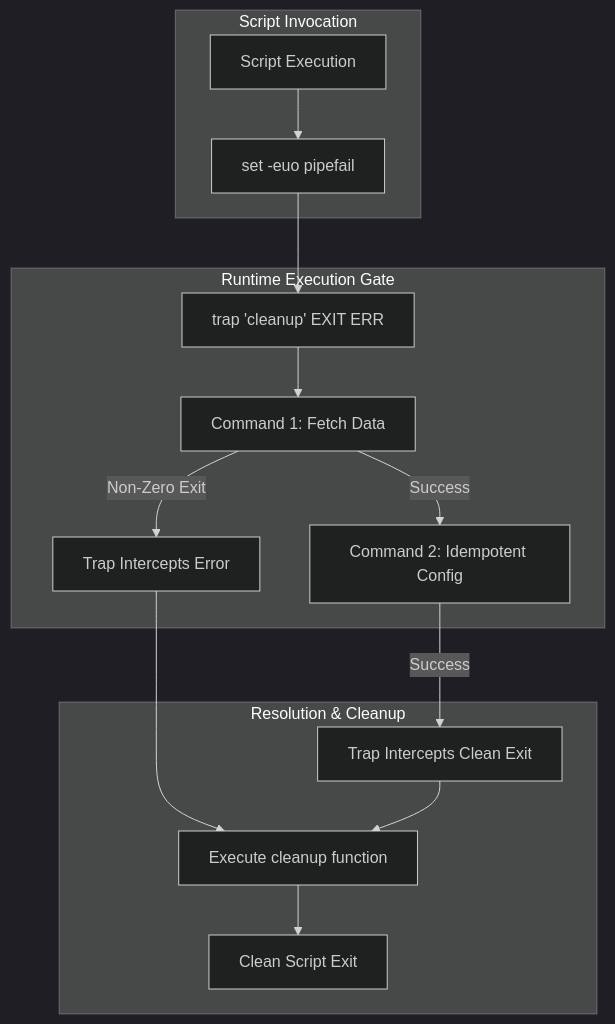
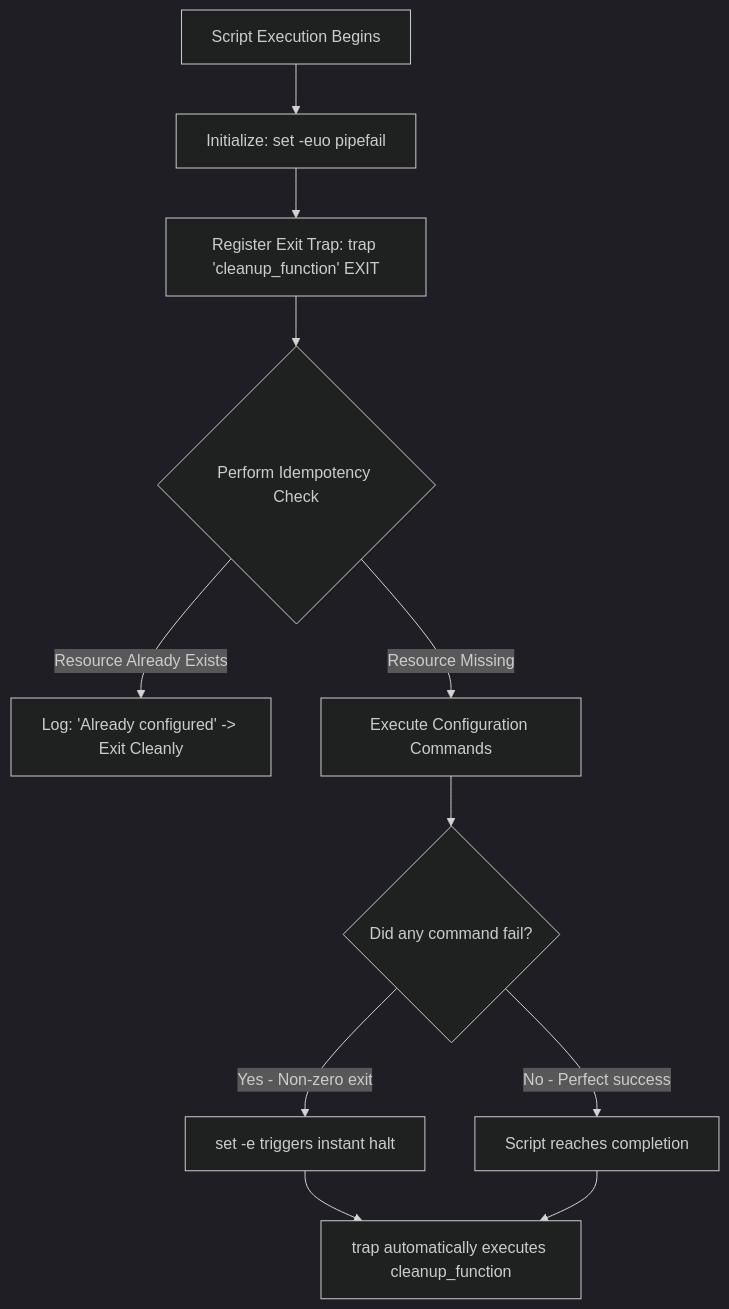
One commit to aloysiuspattath/platform-engineering-ai-course changed the first of 2 diagrams in output/generated/module-01/lesson-04.md. Above: the diagram before and after it, drawn with Mermaid (dark theme). The commit also changed other lines of this file and 7 other files, not shown here.

````diff
--- a/output/generated/module-01/lesson-04.md
+++ b/output/generated/module-01/lesson-04.md
@@ -69,20 +82,13 @@
 ```mermaid
 flowchart TD
-    subgraph Script Invocation
-        INVOKE[Script Execution] --> STRICT[set -euo pipefail]
-    end
-
-    subgraph Runtime Execution Gate
-        STRICT --> TRAP[trap 'cleanup' EXIT ERR]
-        TRAP --> EXEC1[Command 1: Fetch Data]
-        EXEC1 -->|Non-Zero Exit| ERR_TRAP[Trap Intercepts Error]
-        EXEC1 -->|Success| EXEC2[Command 2: Idempotent Config]
-    end
-
-    subgraph Resolution & Cleanup
-        EXEC2 -->|Success| EXIT_TRAP[Trap Intercepts Clean Exit]
-        ERR_TRAP --> CLEAN[Execute cleanup function]
-        EXIT_TRAP --> CLEAN
-        CLEAN --> FINISH[Clean Script Exit]
-    end
+    A[Script Execution Begins] --> B[Initialize: set -euo pipefail]
+    B --> C[Register Exit Trap: trap 'cleanup_function' EXIT]
+    C --> D{Perform Idempotency Check}
+    D -->|Resource Already Exists| E[Log: 'Already configured' -> Exit Cleanly]
+    D -->|Resource Missing| F[Execute Configuration Commands]
+    F --> G{Did any command fail?}
+    G -->|Yes - Non-zero exit| H[set -e triggers instant halt]
+    G -->|No - Perfect success| I[Script reaches completion]
+    H --> J[trap automatically executes cleanup_function]
+    I --> J[trap automatically executes cleanup_function]
 ```
````
